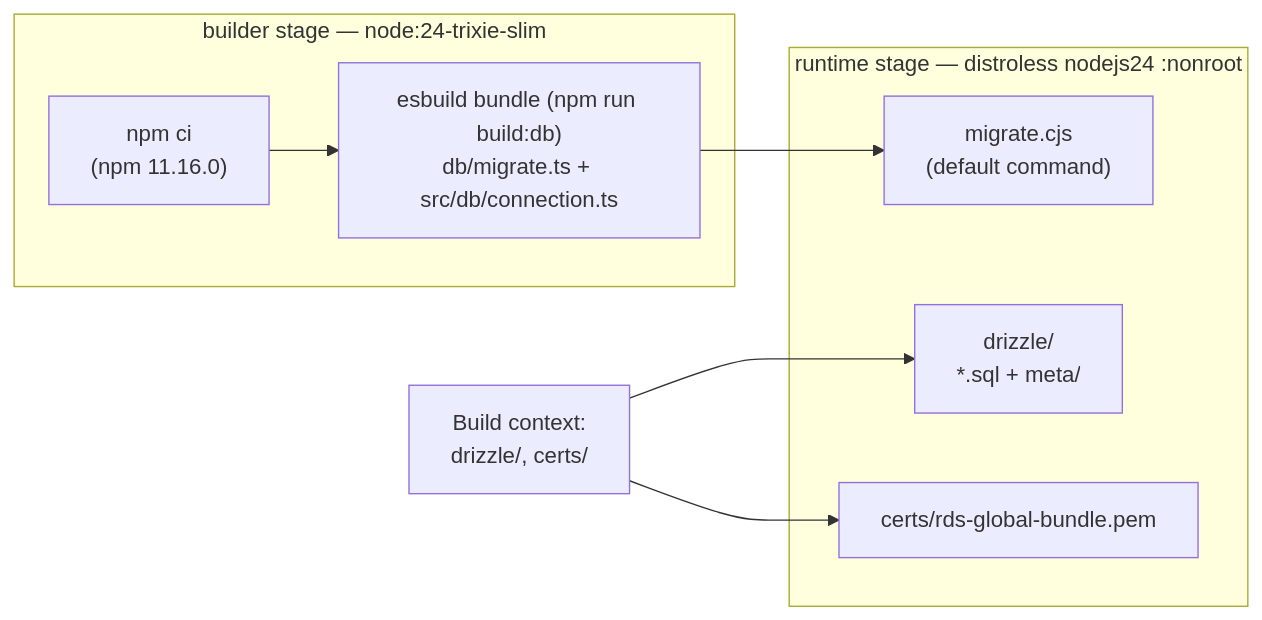
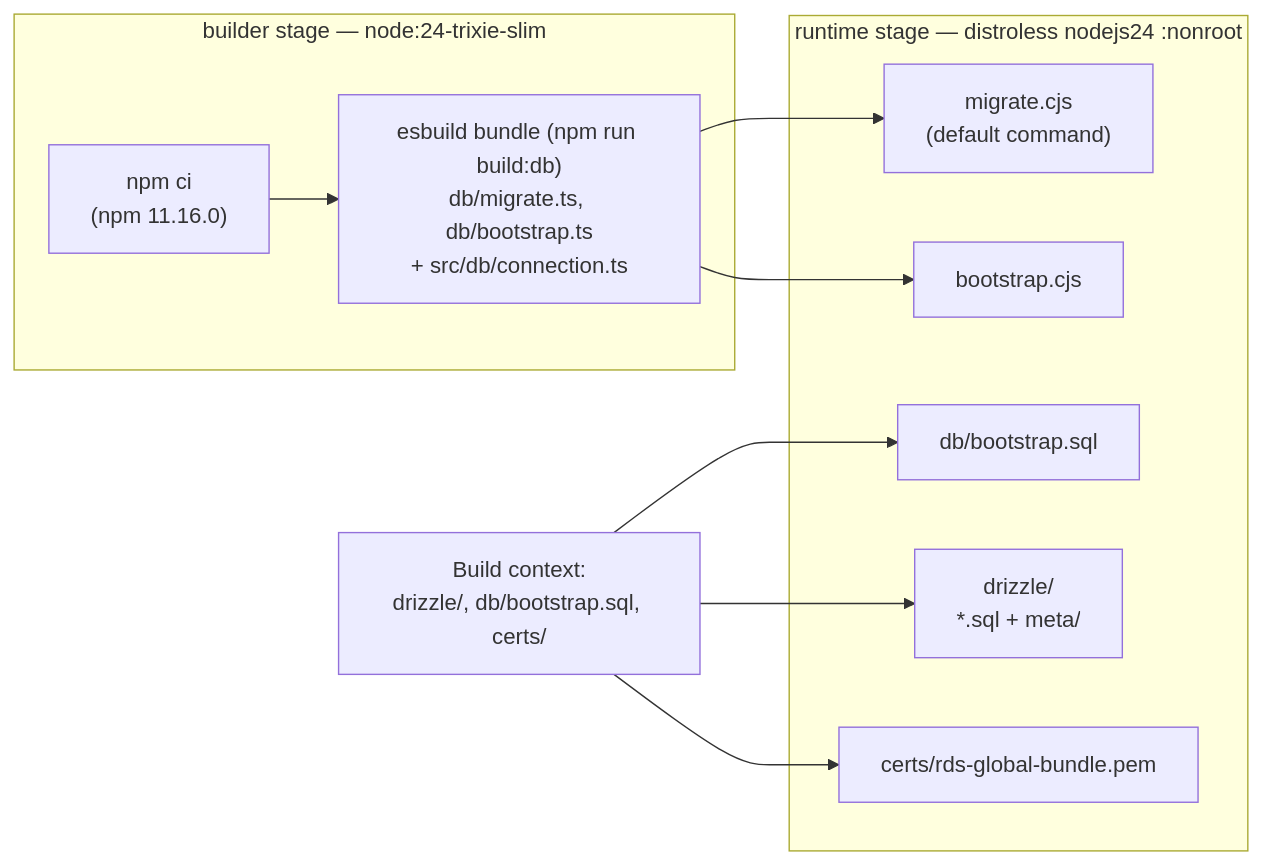
The second of 3 diagrams in docs/architecture/deployable-image.md (sgspinola/pensieve), drawn with Mermaid before and after one commit. The commit also changed other lines of this file and 13 other files, not shown here.

````diff
--- a/docs/architecture/deployable-image.md
+++ b/docs/architecture/deployable-image.md
@@ -53,17 +53,21 @@
 ```mermaid
 flowchart LR
     subgraph Builder["builder stage — node:24-trixie-slim"]
         Ci["npm ci<br/>(npm 11.16.0)"]
-        Esb["esbuild bundle (npm run build:db)<br/>db/migrate.ts + src/db/connection.ts"]
+        Esb["esbuild bundle (npm run build:db)<br/>db/migrate.ts, db/bootstrap.ts<br/>+ src/db/connection.ts"]
     end
 
     subgraph Runtime["runtime stage — distroless nodejs24 :nonroot"]
         Migrate["migrate.cjs<br/>(default command)"]
+        Boot["bootstrap.cjs"]
+        BootSql["db/bootstrap.sql"]
         Drizzle["drizzle/<br/>*.sql + meta/"]
         Ca["certs/rds-global-bundle.pem"]
     end
 
     Ci --> Esb --> Migrate
-    Ctx["Build context:<br/>drizzle/, certs/"] --> Drizzle
+    Esb --> Boot
+    Ctx["Build context:<br/>drizzle/, db/bootstrap.sql, certs/"] --> Drizzle
+    Ctx --> BootSql
     Ctx --> Ca
 ```
````
